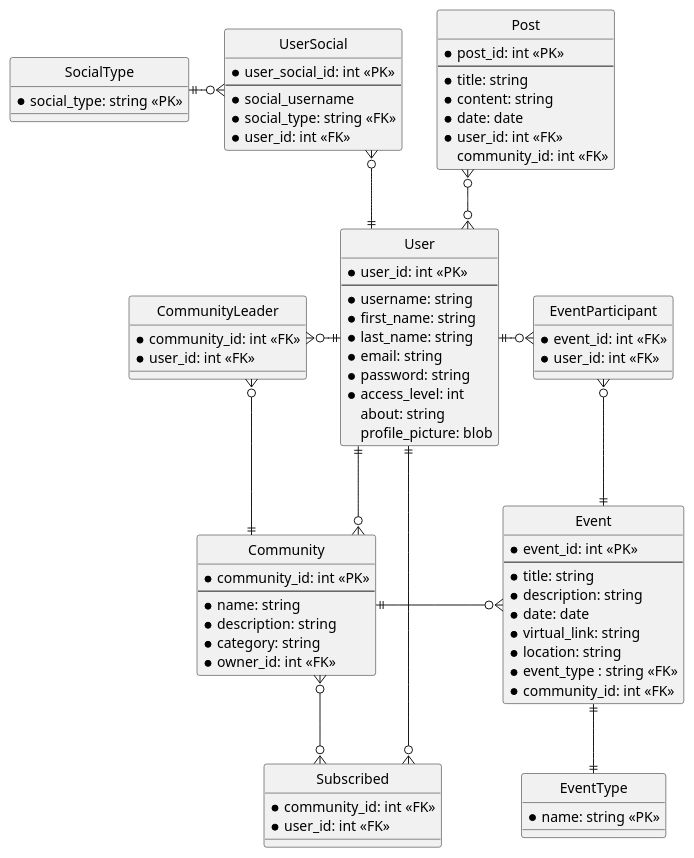
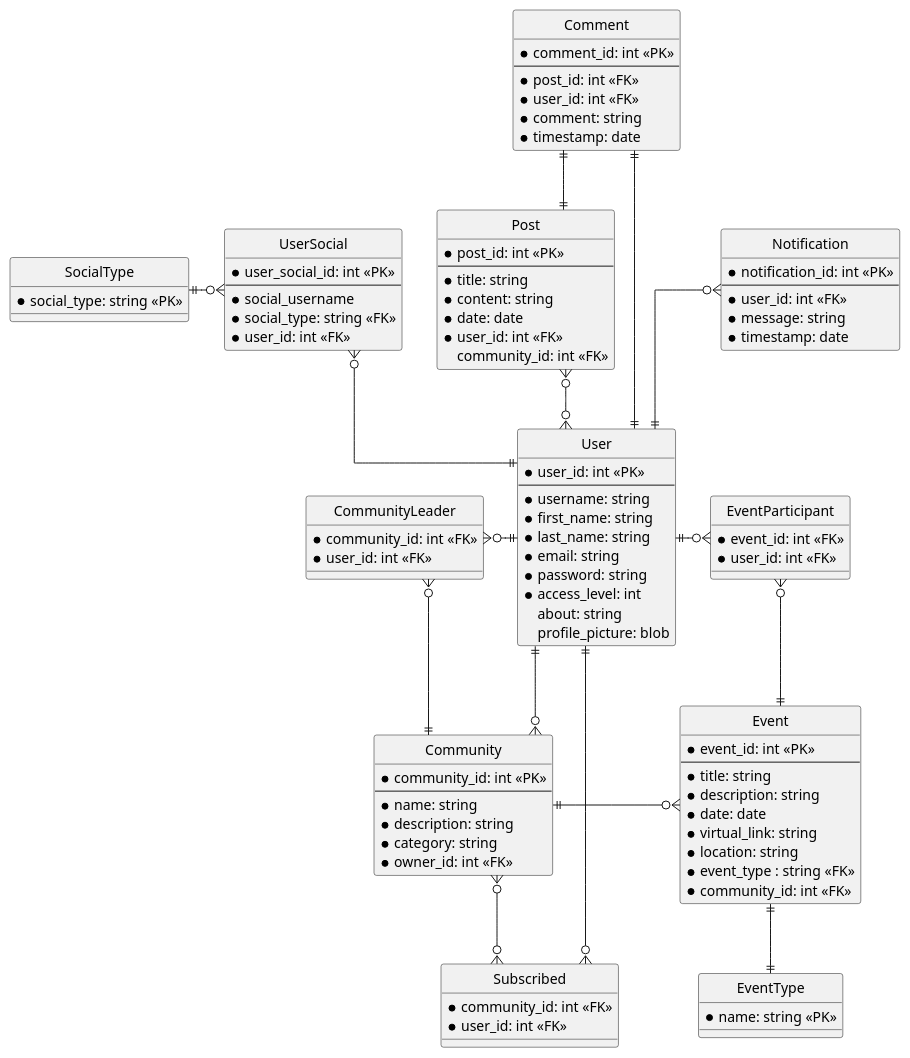
One commit to sudefidan/Docker_Thingy changed the diagram in Guidelines/ERD.puml. Above: the diagram before and after it, drawn with PlantUML. The commit also changed 1 other file, not shown here.

Commit message:
Updated ERD to match DB changes

```diff
--- a/Guidelines/ERD.puml
+++ b/Guidelines/ERD.puml
@@ -1,96 +1,116 @@
 @startuml erd
 
 skinparam linetype ortho
 hide circle
 
 entity User {
     * user_id: int <<PK>>
     --
     * username: string
     * first_name: string
     * last_name: string
     * email: string
     * password: string
     * access_level: int
     about: string
     profile_picture: blob
 }
 
 entity Subscribed {
     * community_id: int <<FK>>
     * user_id: int <<FK>>
 }
 
 entity Event {
     * event_id: int <<PK>>
     --
     * title: string
     * description: string
     * date: date
     * virtual_link: string
     * location: string
     * event_type : string <<FK>>
     * community_id: int <<FK>>
 }
 
 entity Community {
     * community_id: int <<PK>>
     --
     * name: string
     * description: string
     * category: string
     * owner_id: int <<FK>>
 }
 
 entity EventType {
     * name: string <<PK>>
 }
 
 entity Post {
     * post_id: int <<PK>>
     --
     * title: string
     * content: string
     * date: date
     * user_id: int <<FK>>
     community_id: int <<FK>>
 }
 
 entity SocialType {
     * social_type: string << PK>>
 }
 
 entity UserSocial {
     * user_social_id: int <<PK>>
     --
     * social_username
     * social_type: string <<FK>>
     * user_id: int <<FK>>
 }
 
 entity CommunityLeader {
     * community_id: int <<FK>>
     * user_id: int <<FK>>
 }
 
 entity EventParticipant {
     * event_id: int <<FK>>
     * user_id: int <<FK>>
 }
 
+entity Notification {
+    * notification_id: int <<PK>>
+    --
+    * user_id: int <<FK>>
+    * message: string
+    * timestamp: date
+}
+
+entity Comment {
+    * comment_id: int <<PK>>
+    --
+    * post_id: int <<FK>>
+    * user_id: int <<FK>>
+    * comment: string
+    * timestamp: date
+}
+
 User ||--o{ Subscribed
 User }o-up-o{ Post
 User ||--o{ Community
 User ||-up-o{ UserSocial
 UserSocial }o-left-|| SocialType
 CommunityLeader }o-right-|| User
 CommunityLeader }o--|| Community
 EventParticipant }o--|| Event
 EventParticipant }o-left-|| User
+Notification }o--|| User
+Comment ||--|| User
+Comment ||--|| Post
 
 Community }o--o{ Subscribed
 Community ||-right-o{ Event
 
 Event ||--|| EventType
 
 @enduml
```
